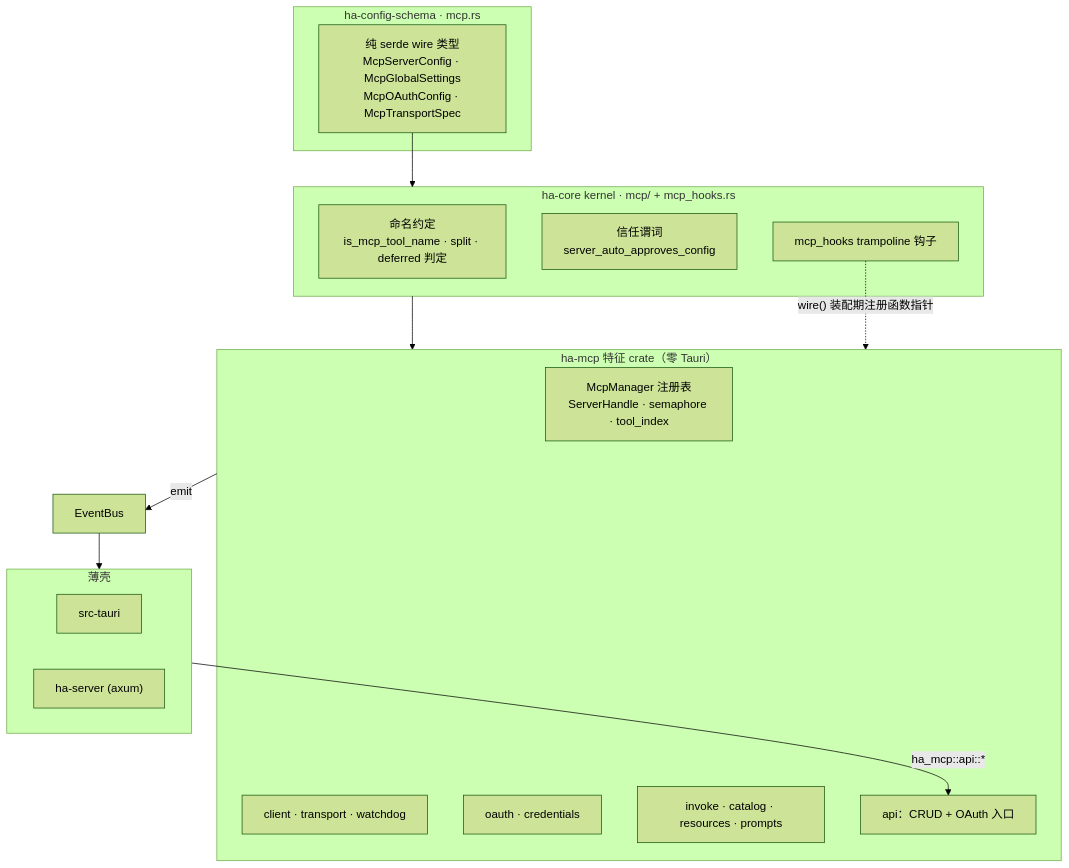
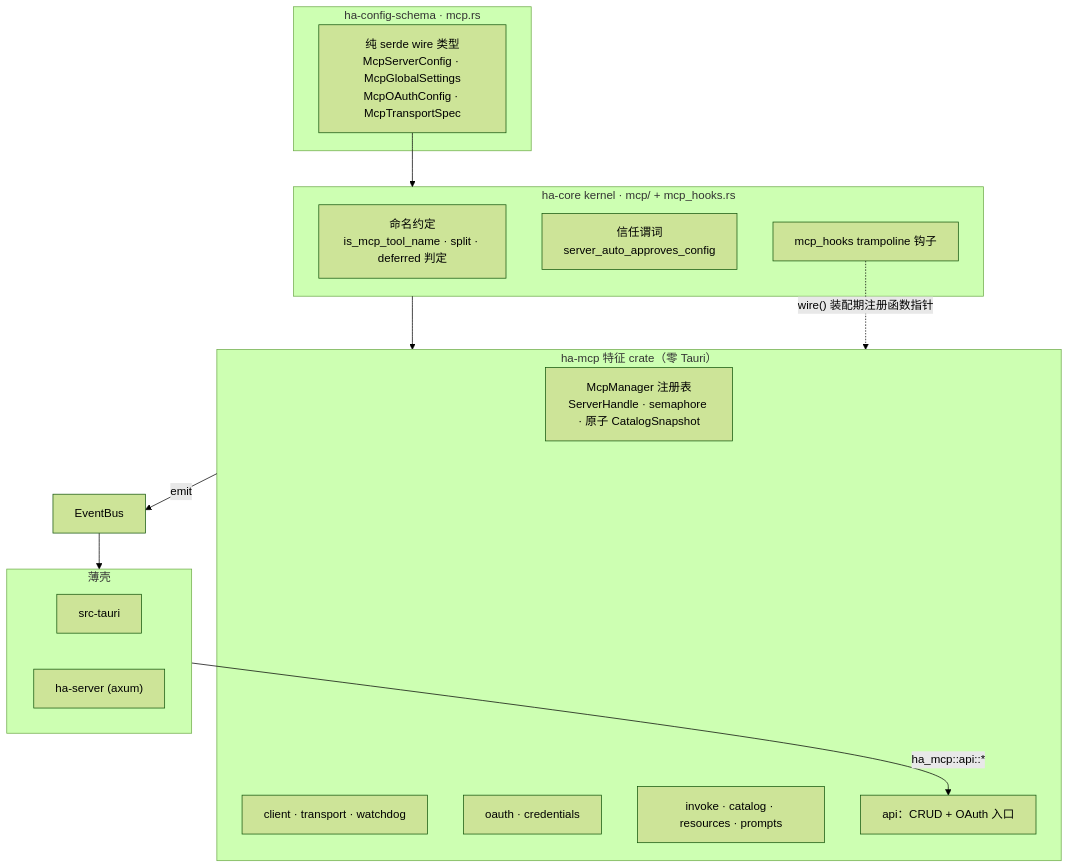
One commit to shiwenwen/hope-agent changed the first of 5 diagrams in docs/architecture/integration/mcp.md. Above: the diagram before and after it, drawn with Mermaid (forest theme). The commit also changed other lines of this file and 43 other files, not shown here.

````diff
--- a/docs/architecture/integration/mcp.md
+++ b/docs/architecture/integration/mcp.md
@@ -81,32 +81,32 @@
 ```mermaid
 flowchart TB
     subgraph schema["ha-config-schema · mcp.rs"]
         WIRE["纯 serde wire 类型<br/>McpServerConfig · McpGlobalSettings<br/>McpOAuthConfig · McpTransportSpec"]
     end
 
     subgraph kernel["ha-core kernel · mcp/ + mcp_hooks.rs"]
         NAME["命名约定<br/>is_mcp_tool_name · split · deferred 判定"]
         TRUST["信任谓词<br/>server_auto_approves_config"]
         HOOK["mcp_hooks trampoline 钩子"]
     end
 
     subgraph feat["ha-mcp 特征 crate（零 Tauri）"]
-        MGR["McpManager 注册表<br/>ServerHandle · semaphore · tool_index"]
+        MGR["McpManager 注册表<br/>ServerHandle · semaphore · 原子 CatalogSnapshot"]
         RUN["client · transport · watchdog"]
         AUTH["oauth · credentials"]
         CAT["invoke · catalog · resources · prompts"]
         API["api：CRUD + OAuth 入口"]
     end
 
     subgraph shells["薄壳"]
         TAURI["src-tauri"]
         SERVER["ha-server (axum)"]
     end
 
     WIRE --> kernel
     kernel --> feat
     HOOK -. "wire() 装配期注册函数指针" .-> feat
     shells -->|"ha_mcp::api::*"| API
     feat -->|emit| EB["EventBus"]
     EB --> shells
 ```
````
